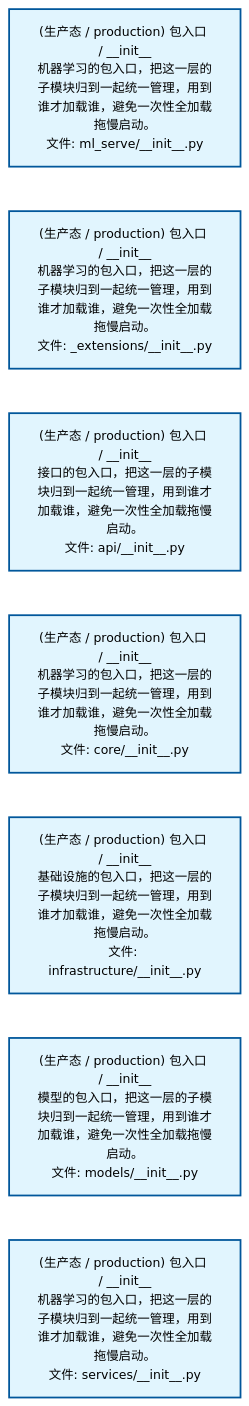
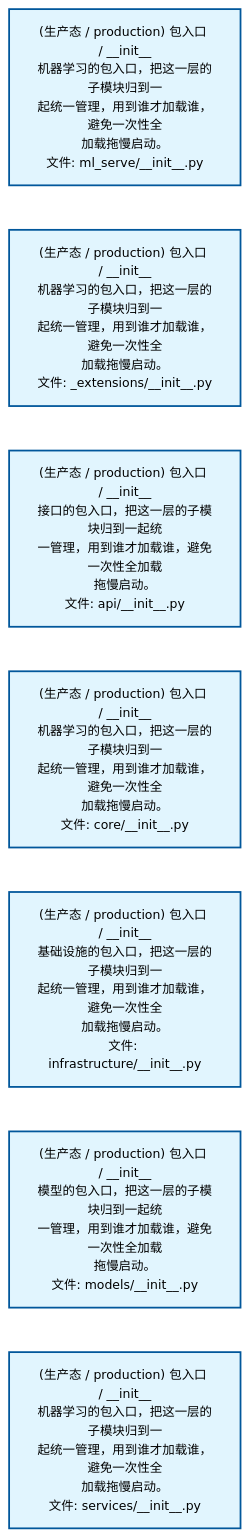
Before and after one commit to xuanFelixVan/ZephyrAlpha: the first of 2 diagrams in docs/02_enterprise_architecture/02_domain_architecture_docs/60_d_ml_serve.md, drawn with Mermaid. The commit also changed other lines of this file and 59 other files, not shown here.

````diff
--- a/docs/02_enterprise_architecture/02_domain_architecture_docs/60_d_ml_serve.md
+++ b/docs/02_enterprise_architecture/02_domain_architecture_docs/60_d_ml_serve.md
@@ -53,22 +53,22 @@
 ```mermaid
 %%{init: {'theme': 'base', 'themeVariables': {'primaryColor': '#eaeaea', 'primaryTextColor': '#333333', 'primaryBorderColor': '#666666', 'lineColor': '#666666', 'secondaryColor': '#eaeaea', 'tertiaryColor': '#eaeaea', 'fontSize': '14px'}}}%%
 flowchart TD
-    src_zephyr_ml_serve_init_py["(生产态 / production) 包入口 / __init__<br/>机器学习的包入口，把这一层的子模块归到一起统一管理，用到谁才加载谁，避免一次性全加载拖慢启动。<br/>文件: ml_serve/__init__.py"]
-    src_zephyr_ml_serve_extensions_init_py["(生产态 / production) 包入口 / __init__<br/>机器学习的包入口，把这一层的子模块归到一起统一管理，用到谁才加载谁，避免一次性全加载拖慢启动。<br/>文件: _extensions/__init__.py"]
-    src_zephyr_ml_serve_api_init_py["(生产态 / production) 包入口 / __init__<br/>接口的包入口，把这一层的子模块归到一起统一管理，用到谁才加载谁，避免一次性全加载拖慢启动。<br/>文件: api/__init__.py"]
-    src_zephyr_ml_serve_core_init_py["(生产态 / production) 包入口 / __init__<br/>机器学习的包入口，把这一层的子模块归到一起统一管理，用到谁才加载谁，避免一次性全加载拖慢启动。<br/>文件: core/__init__.py"]
-    src_zephyr_ml_serve_infrastructure_init_py["(生产态 / production) 包入口 / __init__<br/>基础设施的包入口，把这一层的子模块归到一起统一管理，用到谁才加载谁，避免一次性全加载拖慢启动。<br/>文件: infrastructure/__init__.py"]
-    src_zephyr_ml_serve_models_init_py["(生产态 / production) 包入口 / __init__<br/>模型的包入口，把这一层的子模块归到一起统一管理，用到谁才加载谁，避免一次性全加载拖慢启动。<br/>文件: models/__init__.py"]
-    src_zephyr_ml_serve_services_init_py["(生产态 / production) 包入口 / __init__<br/>机器学习的包入口，把这一层的子模块归到一起统一管理，用到谁才加载谁，避免一次性全加载拖慢启动。<br/>文件: services/__init__.py"]
+    src_zephyr_ml_serve_init_py["(生产态 / production) 包入口 / __init__<br/>机器学习的包入口，把这一层的子模块归到一<br/>起统一管理，用到谁才加载谁，避免一次性全<br/>加载拖慢启动。<br/>文件: ml_serve/__init__.py"]
+    src_zephyr_ml_serve_extensions_init_py["(生产态 / production) 包入口 / __init__<br/>机器学习的包入口，把这一层的子模块归到一<br/>起统一管理，用到谁才加载谁，避免一次性全<br/>加载拖慢启动。<br/>文件: _extensions/__init__.py"]
+    src_zephyr_ml_serve_api_init_py["(生产态 / production) 包入口 / __init__<br/>接口的包入口，把这一层的子模块归到一起统<br/>一管理，用到谁才加载谁，避免一次性全加载<br/>拖慢启动。<br/>文件: api/__init__.py"]
+    src_zephyr_ml_serve_core_init_py["(生产态 / production) 包入口 / __init__<br/>机器学习的包入口，把这一层的子模块归到一<br/>起统一管理，用到谁才加载谁，避免一次性全<br/>加载拖慢启动。<br/>文件: core/__init__.py"]
+    src_zephyr_ml_serve_infrastructure_init_py["(生产态 / production) 包入口 / __init__<br/>基础设施的包入口，把这一层的子模块归到一<br/>起统一管理，用到谁才加载谁，避免一次性全<br/>加载拖慢启动。<br/>文件: infrastructure/__init__.py"]
+    src_zephyr_ml_serve_models_init_py["(生产态 / production) 包入口 / __init__<br/>模型的包入口，把这一层的子模块归到一起统<br/>一管理，用到谁才加载谁，避免一次性全加载<br/>拖慢启动。<br/>文件: models/__init__.py"]
+    src_zephyr_ml_serve_services_init_py["(生产态 / production) 包入口 / __init__<br/>机器学习的包入口，把这一层的子模块归到一<br/>起统一管理，用到谁才加载谁，避免一次性全<br/>加载拖慢启动。<br/>文件: services/__init__.py"]
     src_zephyr_ml_serve_init_py ~~~ src_zephyr_ml_serve_extensions_init_py
     src_zephyr_ml_serve_extensions_init_py ~~~ src_zephyr_ml_serve_api_init_py
     src_zephyr_ml_serve_api_init_py ~~~ src_zephyr_ml_serve_core_init_py
     src_zephyr_ml_serve_core_init_py ~~~ src_zephyr_ml_serve_infrastructure_init_py
     src_zephyr_ml_serve_infrastructure_init_py ~~~ src_zephyr_ml_serve_models_init_py
     src_zephyr_ml_serve_models_init_py ~~~ src_zephyr_ml_serve_services_init_py
     classDef production fill:#e1f5fe,stroke:#01579b,stroke-width:2px,color:#000
     classDef design fill:#fff3e0,stroke:#e65100,stroke-width:2px,color:#000,stroke-dasharray: 5 5
     classDef external_prod fill:#e8f4fd,stroke:#0277bd,stroke-width:1px,color:#000
     classDef external_design fill:#fff8e7,stroke:#ef6c00,stroke-width:1px,color:#000,stroke-dasharray: 5 5
     class src_zephyr_ml_serve_init_py,src_zephyr_ml_serve_extensions_init_py,src_zephyr_ml_serve_api_init_py,src_zephyr_ml_serve_core_init_py,src_zephyr_ml_serve_infrastructure_init_py,src_zephyr_ml_serve_models_init_py,src_zephyr_ml_serve_services_init_py production
 ```
````
